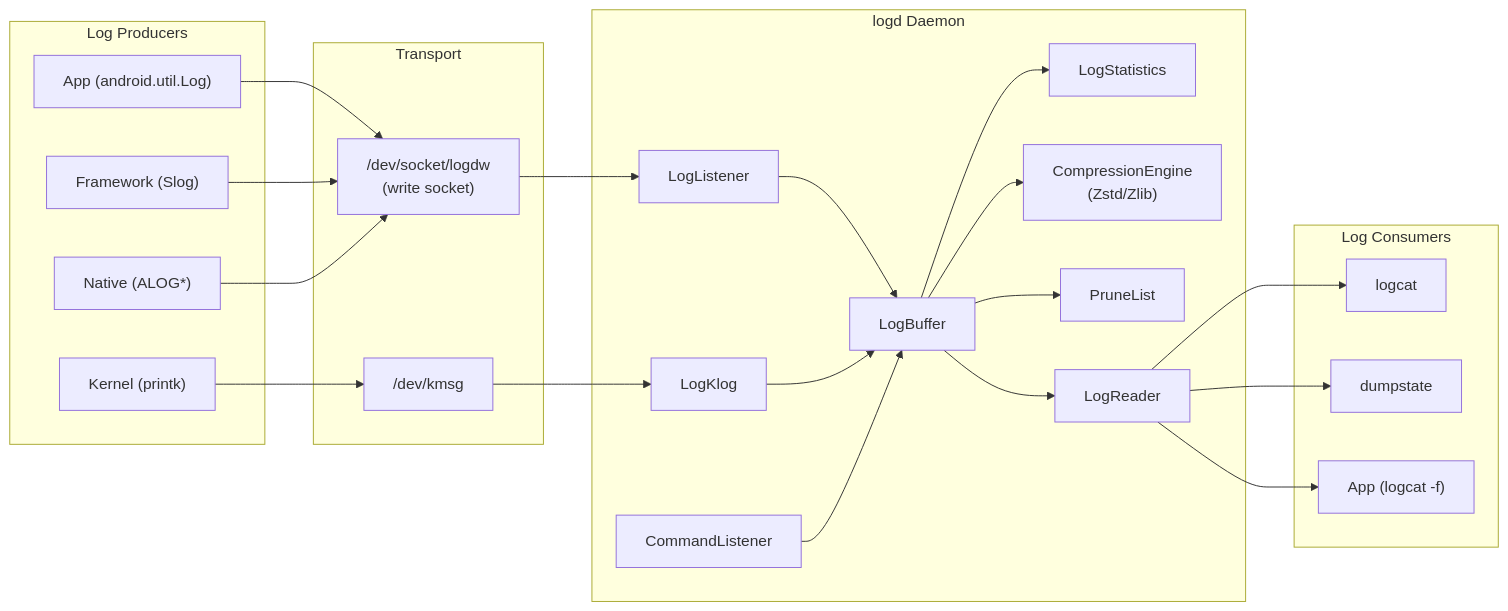
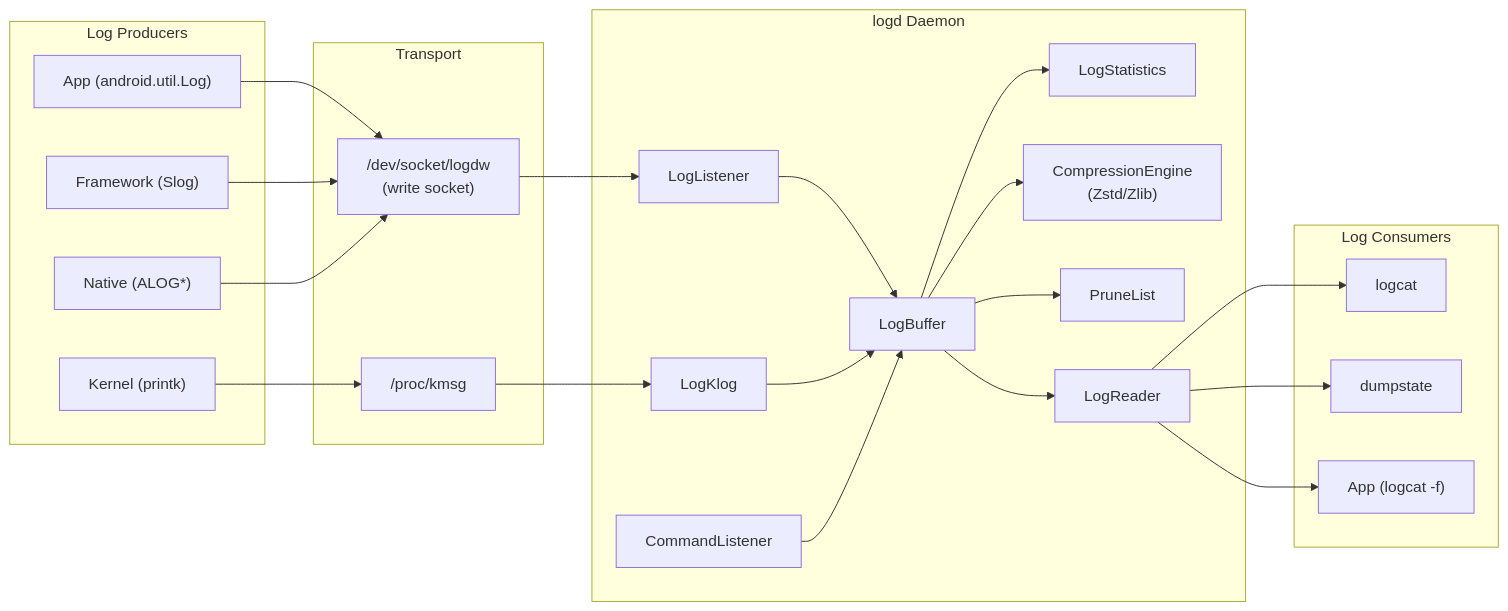
The third of 38 diagrams in agents/claude/skills/aosp-infrastructure/58-debugging-tools.md (aospbooks/aosp-internal-book), drawn with Mermaid before and after one commit. The commit also changed other lines of this file and 218 other files, not shown here.

````diff
--- a/agents/claude/skills/aosp-infrastructure/58-debugging-tools.md
+++ b/agents/claude/skills/aosp-infrastructure/58-debugging-tools.md
@@ -170,52 +170,52 @@
 ```mermaid
 graph LR
     subgraph "Log Producers"
         APP["App (android.util.Log)"]
         FW["Framework (Slog)"]
         NATIVE["Native (ALOG*)"]
         KERNEL["Kernel (printk)"]
     end
 
     subgraph "Transport"
         LOGDW["/dev/socket/logdw<br/>(write socket)"]
-        KMSG["/dev/kmsg"]
+        KMSG["/proc/kmsg"]
     end
 
     subgraph "logd Daemon"
         LL["LogListener"]
         LK["LogKlog"]
         LB["LogBuffer"]
         LS["LogStatistics"]
         COMP["CompressionEngine<br/>(Zstd/Zlib)"]
         PL["PruneList"]
         LR["LogReader"]
         CL["CommandListener"]
     end
 
     subgraph "Log Consumers"
         LOGCAT["logcat"]
         DUMPST["dumpstate"]
         APP2["App (logcat -f)"]
     end
 
     APP --> LOGDW
     FW --> LOGDW
     NATIVE --> LOGDW
     KERNEL --> KMSG
 
     LOGDW --> LL
     KMSG --> LK
 
     LL --> LB
     LK --> LB
     LB --> LS
     LB --> COMP
     LB --> PL
     LB --> LR
 
     CL --> LB
 
     LR --> LOGCAT
     LR --> DUMPST
     LR --> APP2
 ```
````
